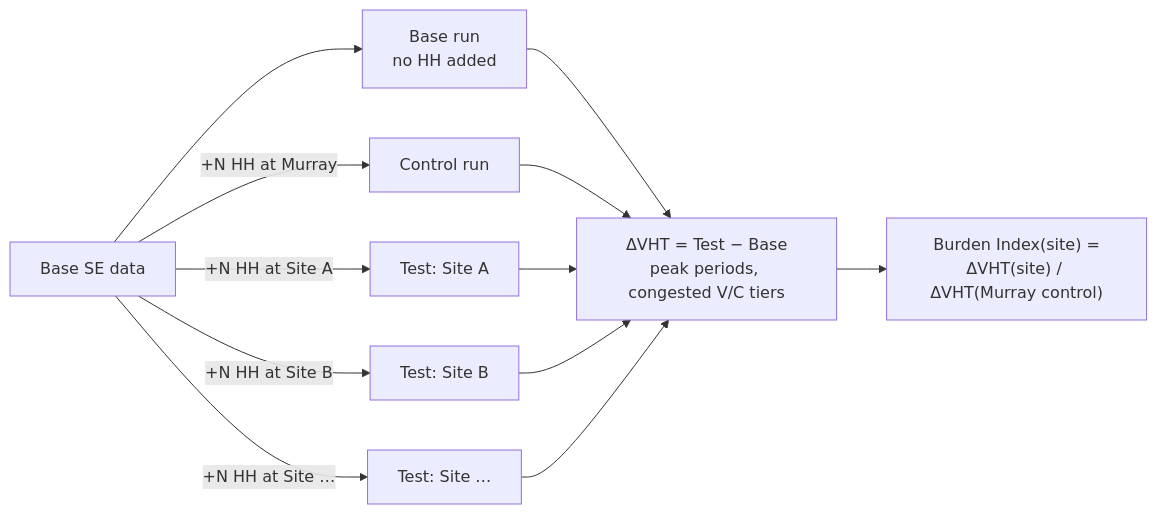
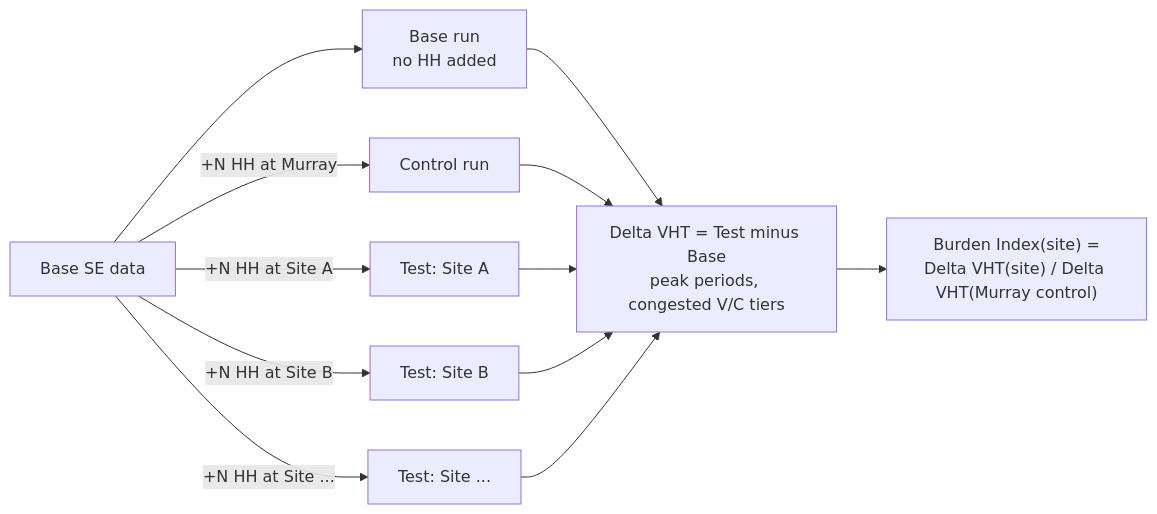
Before and after one commit to WFRCAnalytics/WF-TDM-Runs: the diagram in reports/run_sets/household-location-burden/scoping.qmd, drawn with Mermaid. The commit also changed 1 other file, not shown here.

Commit message:
Fix mermaid diagram rendering as "Syntax error in text"
Quotes every node label and drops the Unicode Delta/minus/ellipsis
characters (ΔVHT, −, …) in favor of plain ASCII text. Validated the
new diagram's grammar against mermaid 11.6.0 (the exact version
Quarto bundles) via Node -- parses clean. Couldn't fully reproduce
the original failure in isolation, so this is a defensive fix
covering every plausible culprit (unquoted punctuation, Unicode
encoding) rather than a confirmed root cause.

````diff
--- a/reports/run_sets/household-location-burden/scoping.qmd
+++ b/reports/run_sets/household-location-burden/scoping.qmd
@@ -67,16 +67,16 @@
 ```{mermaid}
 flowchart LR
-    SE[Base SE data] --> Base[Base run<br/>no HH added]
-    SE -->|+N HH at Murray| Control[Control run]
-    SE -->|+N HH at Site A| SiteA[Test: Site A]
-    SE -->|+N HH at Site B| SiteB[Test: Site B]
-    SE -->|+N HH at Site …| SiteN[Test: Site …]
+    SE["Base SE data"] --> Base["Base run<br/>no HH added"]
+    SE -->|"+N HH at Murray"| Control["Control run"]
+    SE -->|"+N HH at Site A"| SiteA["Test: Site A"]
+    SE -->|"+N HH at Site B"| SiteB["Test: Site B"]
+    SE -->|"+N HH at Site ..."| SiteN["Test: Site ..."]
 
-    Base --> Metric[ΔVHT = Test − Base<br/>peak periods, congested V/C tiers]
+    Base --> Metric["Delta VHT = Test minus Base<br/>peak periods, congested V/C tiers"]
     Control --> Metric
     SiteA --> Metric
     SiteB --> Metric
     SiteN --> Metric
 
-    Metric --> Index["Burden Index(site) =<br/>ΔVHT(site) / ΔVHT(Murray control)"]
+    Metric --> Index["Burden Index(site) =<br/>Delta VHT(site) / Delta VHT(Murray control)"]
 ```
````
